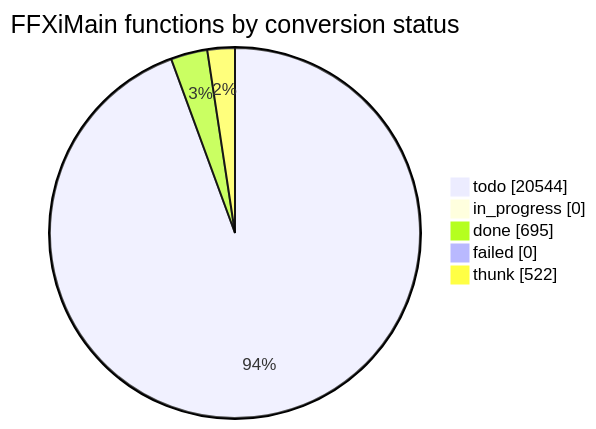
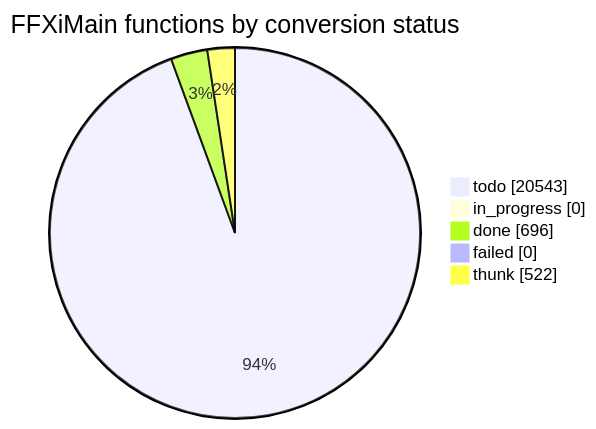
The diagram in docs/cow/STATUS.md (cowrevenge/cow_kuluu_xi_anything), drawn with Mermaid before and after one commit. The commit also changed other lines of this file and 9 other files, not shown here.

````diff
--- a/docs/cow/STATUS.md
+++ b/docs/cow/STATUS.md
@@ -18,9 +18,9 @@
 ```mermaid
 pie showData
     title FFXiMain functions by conversion status
-    "todo" : 20544
+    "todo" : 20543
     "in_progress" : 0
-    "done" : 695
+    "done" : 696
     "failed" : 0
     "thunk" : 522
 ```
````
